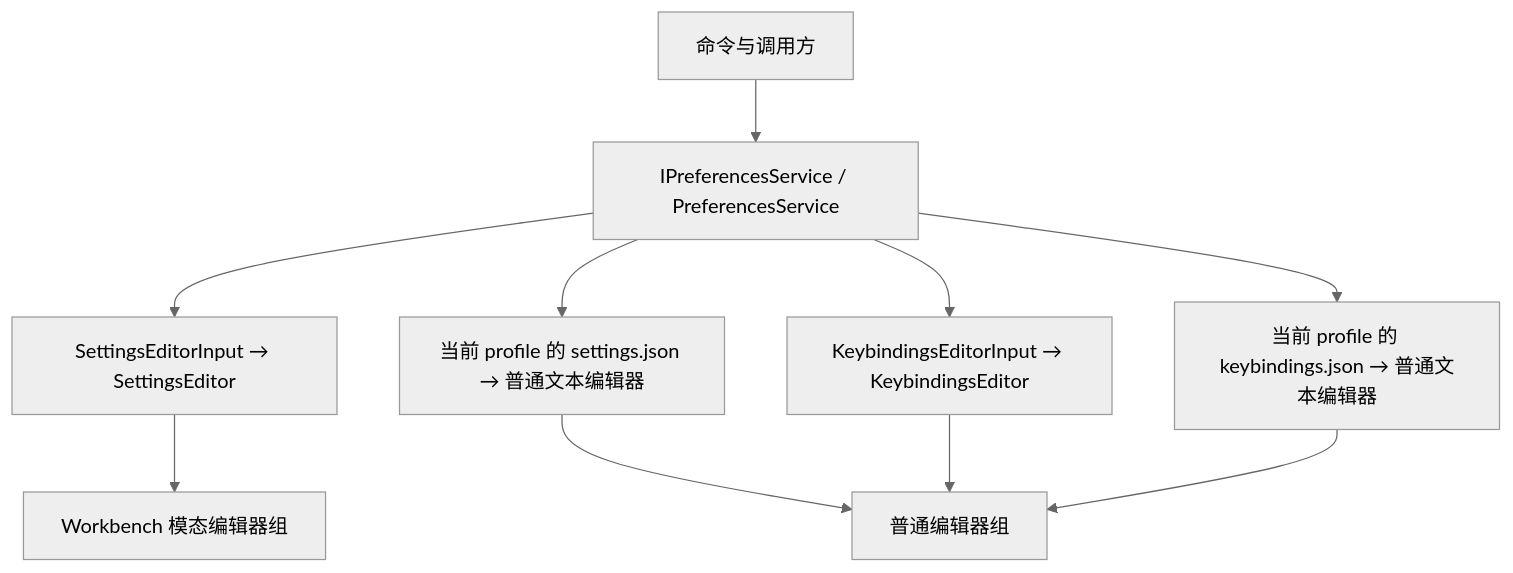
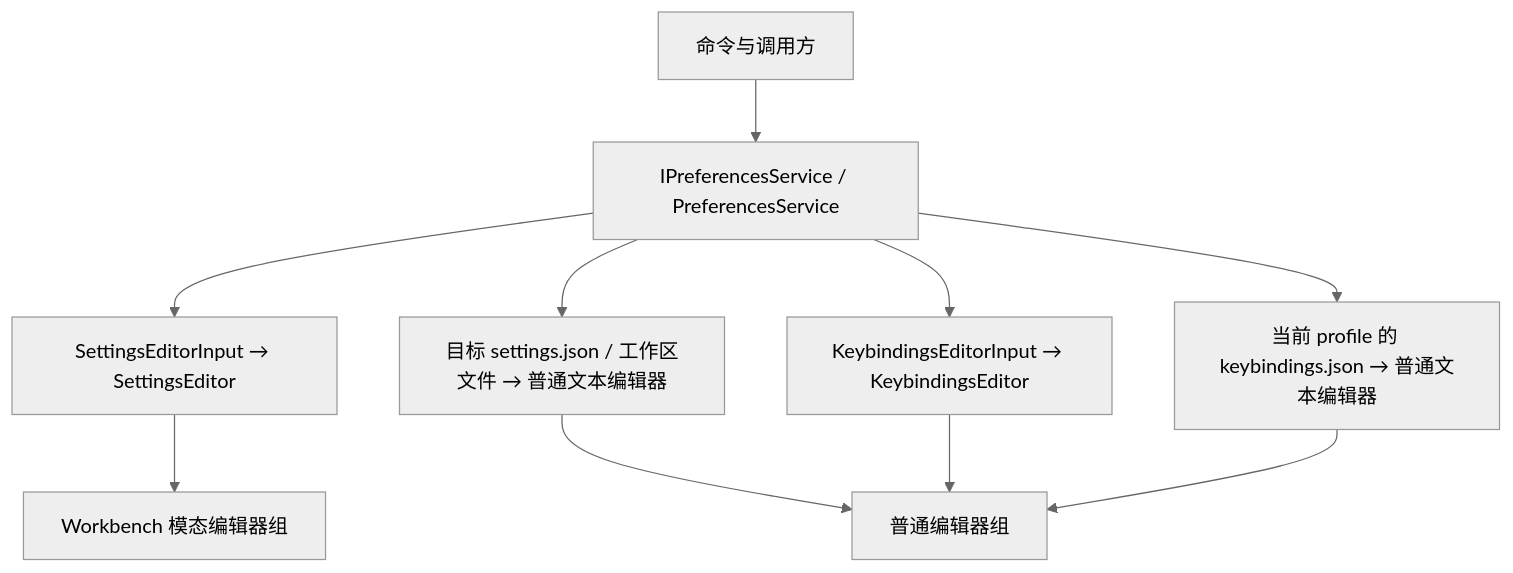
One commit to chogng/ash changed the first of 3 diagrams in docs/preferences-and-settings.md. Above: the diagram before and after it, drawn with Mermaid (neutral theme). The commit also changed other lines of this file and 67 other files, not shown here.

````diff
--- a/docs/preferences-and-settings.md
+++ b/docs/preferences-and-settings.md
@@ -9,12 +9,12 @@
 ```mermaid
 flowchart TD
     C["命令与调用方"] --> P["IPreferencesService / PreferencesService"]
     P --> S["SettingsEditorInput → SettingsEditor"]
-    P --> J["当前 profile 的 settings.json → 普通文本编辑器"]
+    P --> J["目标 settings.json / 工作区文件 → 普通文本编辑器"]
     P --> K["KeybindingsEditorInput → KeybindingsEditor"]
     P --> R["当前 profile 的 keybindings.json → 普通文本编辑器"]
     S --> M["Workbench 模态编辑器组"]
     J --> E["普通编辑器组"]
     K --> E
     R --> E
 ```
````
